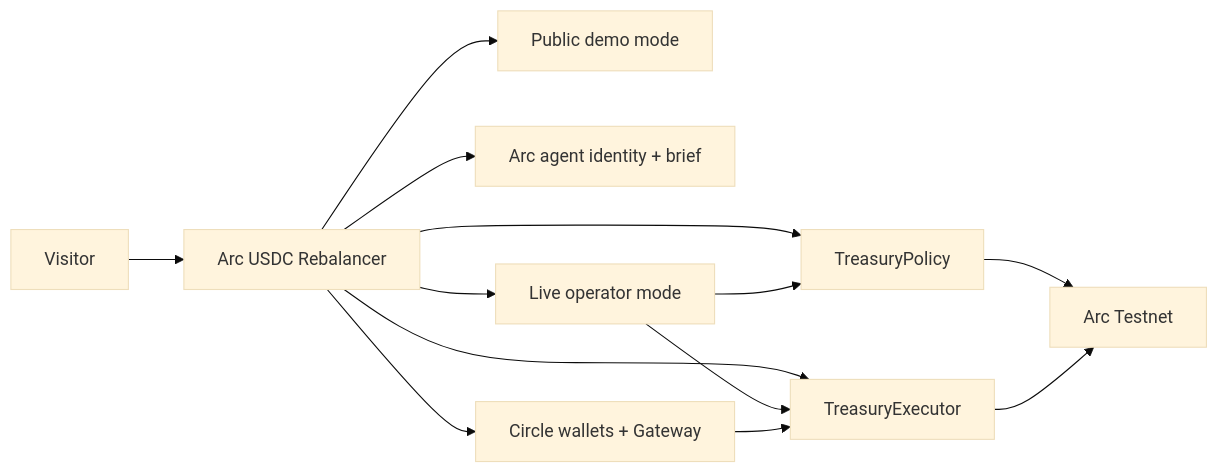
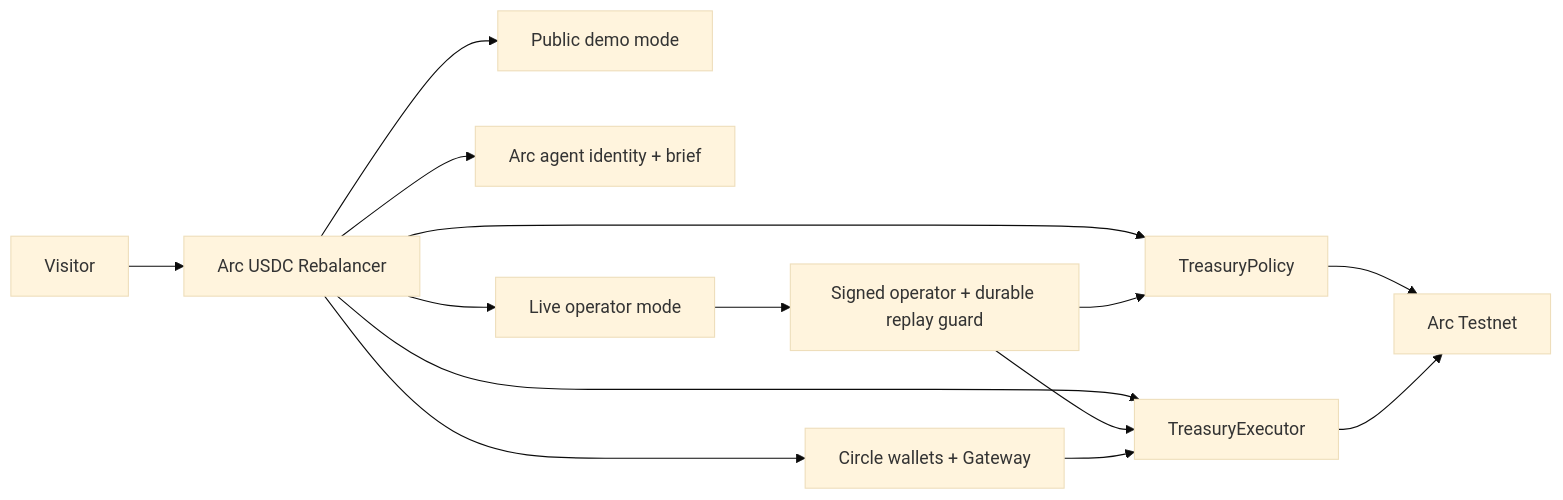
The diagram in README.md (sin199/arc-usdc-rebalancer), drawn with Mermaid (base theme) before and after one commit. The commit also changed other lines of this file and 28 other files, not shown here.

Commit message:
harden Arc treasury architecture and add V2 controls

````diff
--- a/README.md
+++ b/README.md
@@ -61,15 +65,16 @@
 ```mermaid
 flowchart LR
   Visitor["Visitor"] --> UI["Arc USDC Rebalancer"]
   UI --> Demo["Public demo mode"]
   UI --> Agent["Arc agent identity + brief"]
   UI --> Policy["TreasuryPolicy"]
   UI --> Executor["TreasuryExecutor"]
   UI --> Circle["Circle wallets + Gateway"]
   UI --> Live["Live operator mode"]
-  Live --> Policy
-  Live --> Executor
+  Live --> Guard["Signed operator + durable replay guard"]
+  Guard --> Policy
+  Guard --> Executor
   Circle --> Executor
   Policy --> Arc["Arc Testnet"]
   Executor --> Arc
 ```
````
